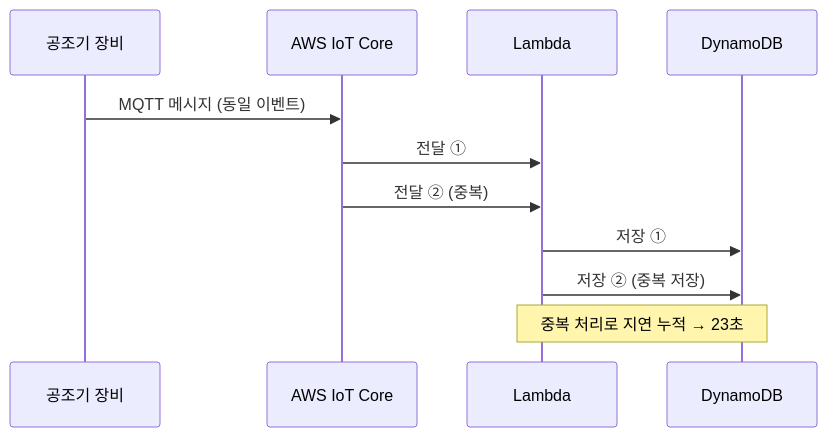
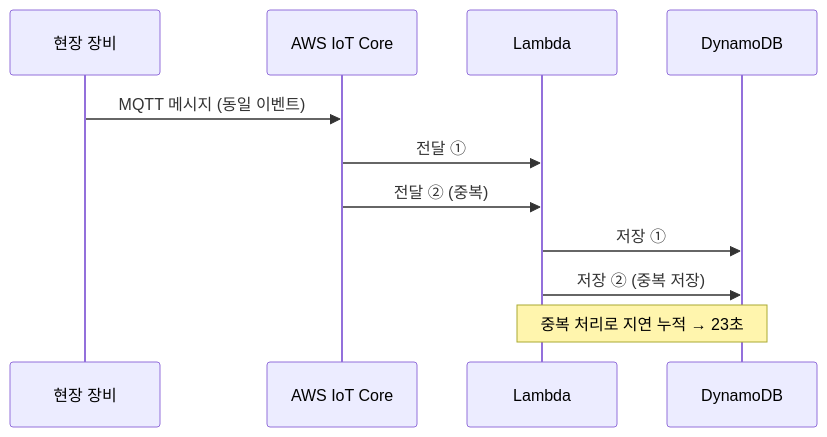
The first of 2 diagrams in docs/realtime/dedup-idempotency.md (kyungchan3007/-portfolio), drawn with Mermaid before and after one commit. The commit also changed other lines of this file and 15 other files, not shown here.

````diff
--- a/docs/realtime/dedup-idempotency.md
+++ b/docs/realtime/dedup-idempotency.md
@@ -26,14 +24,14 @@
 ```mermaid
 sequenceDiagram
-    participant Device as 공조기 장비
+    participant Device as 현장 장비
     participant IoT as AWS IoT Core
     participant Lambda
     participant DB as DynamoDB
 
     Device->>IoT: MQTT 메시지 (동일 이벤트)
     IoT->>Lambda: 전달 ①
     IoT->>Lambda: 전달 ② (중복)
     Lambda->>DB: 저장 ①
     Lambda->>DB: 저장 ② (중복 저장)
     Note over Lambda,DB: 중복 처리로 지연 누적 → 23초
 ```
````
